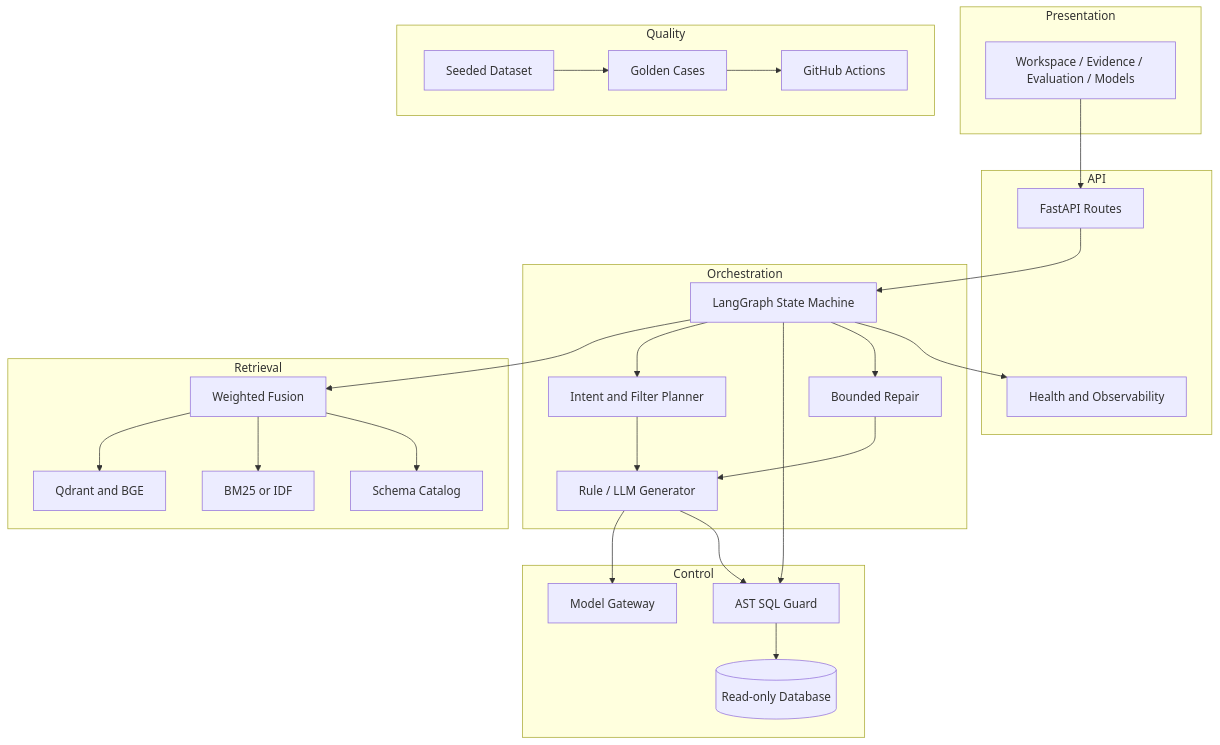
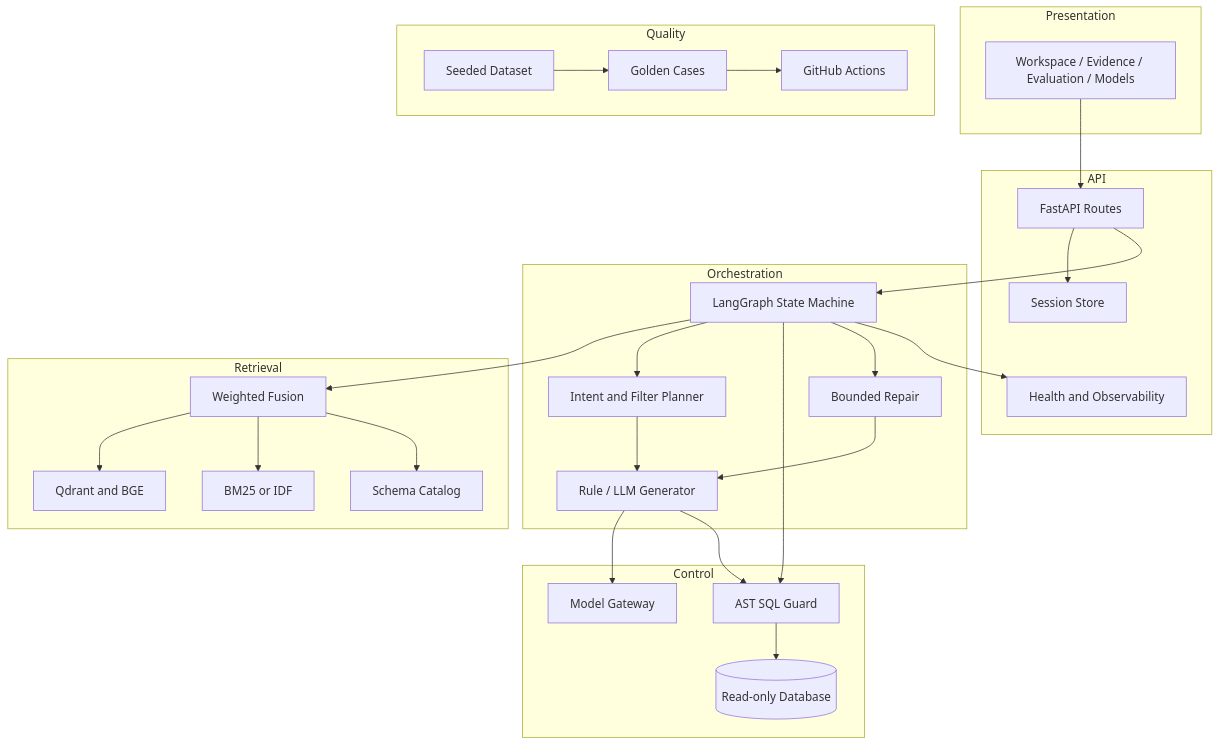
Before and after one commit to sun-sh/atlas-bi-nl2sql: the first of 2 diagrams in docs/ARCHITECTURE.md, drawn with Mermaid. The commit also changed other lines of this file and 20 other files, not shown here.

````diff
--- a/docs/ARCHITECTURE.md
+++ b/docs/ARCHITECTURE.md
@@ -16,55 +18,57 @@
 ```mermaid
 flowchart TB
     subgraph Presentation
         UI[Workspace / Evidence / Evaluation / Models]
     end
 
     subgraph API
         Routes[FastAPI Routes]
+        Sessions[Session Store]
         Health[Health and Observability]
     end
 
     subgraph Orchestration
         Graph[LangGraph State Machine]
         Planner[Intent and Filter Planner]
         Generator[Rule / LLM Generator]
         Repair[Bounded Repair]
     end
 
     subgraph Retrieval
         Fusion[Weighted Fusion]
         Semantic[Qdrant and BGE]
         Lexical[BM25 or IDF]
         Catalog[Schema Catalog]
     end
 
     subgraph Control
         Guard[AST SQL Guard]
         ReadOnly[(Read-only Database)]
         Gateway[Model Gateway]
     end
 
     subgraph Quality
         Fixtures[Seeded Dataset]
         Golden[Golden Cases]
         CI[GitHub Actions]
     end
 
     UI --> Routes
+    Routes --> Sessions
     Routes --> Graph
     Graph --> Fusion
     Fusion --> Semantic
     Fusion --> Lexical
     Fusion --> Catalog
     Graph --> Planner
     Planner --> Generator
     Generator --> Gateway
     Generator --> Guard
     Graph --> Guard
     Guard --> ReadOnly
     Graph --> Repair
     Repair --> Generator
     Graph --> Health
     Fixtures --> Golden
     Golden --> CI
 ```
````
